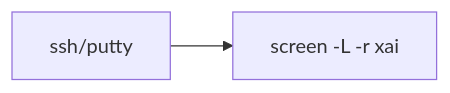
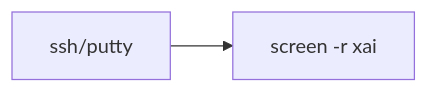
One commit to smahe21/Xai-Node-Monitor changed the third of 4 diagrams in XaiNode_Setup_README.md. Above: the diagram before and after it, drawn with Mermaid. The commit also changed other lines of this file, not shown here.

````diff
--- a/XaiNode_Setup_README.md
+++ b/XaiNode_Setup_README.md
@@ -100,4 +100,4 @@
 ```mermaid
 graph LR
-A[ssh/putty] --> B[screen -L -r xai]
+A[ssh/putty] --> B[screen -r xai]
 ```
````
